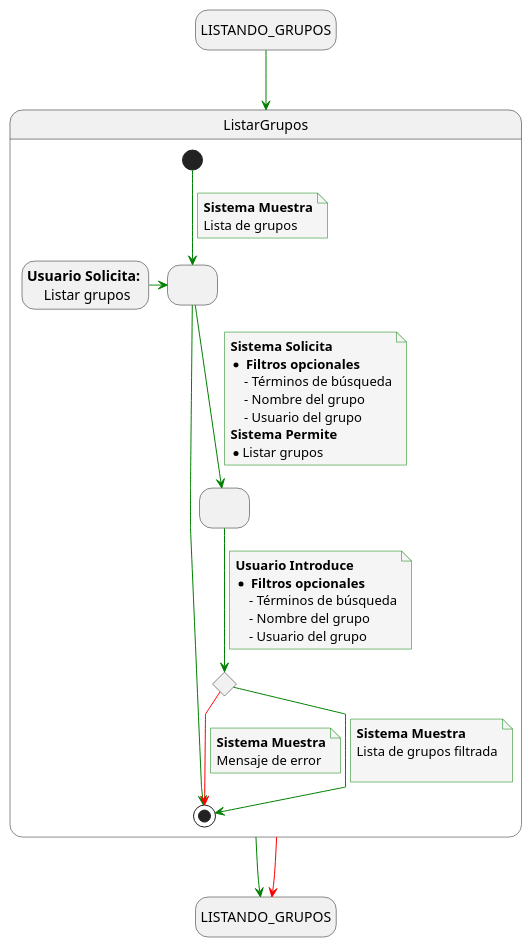
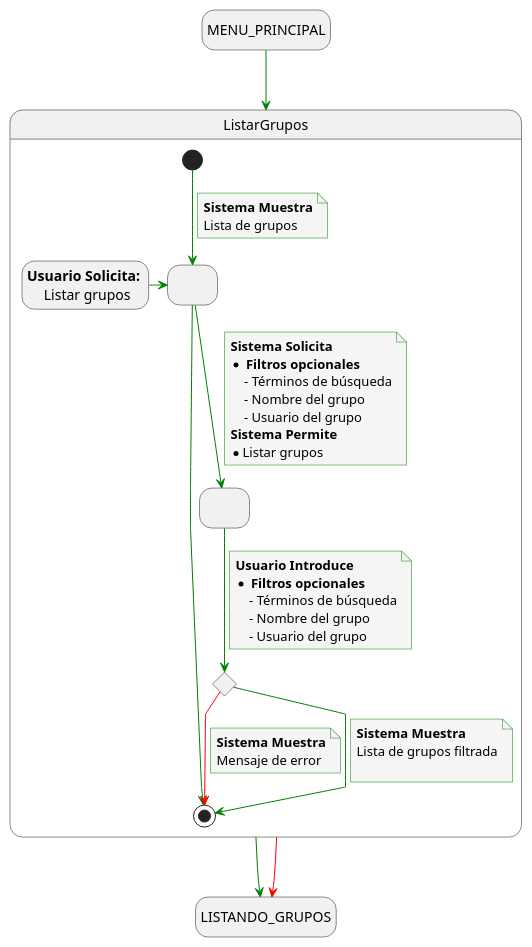
Before and after one commit to mmasias/24-25-IdSw1-SDR: the diagram in docs/casosDeUso/detalladoCasosDeUso/detalladoGrupos/detalladoListarGrupos.puml, drawn with PlantUML. The commit also changed 13 other files, not shown here.

Commit message:
FIX/ actualizar estados iniciales y finales en diagramas de casos de uso

```diff
--- a/docs/casosDeUso/detalladoCasosDeUso/detalladoGrupos/detalladoListarGrupos.puml
+++ b/docs/casosDeUso/detalladoCasosDeUso/detalladoGrupos/detalladoListarGrupos.puml
@@ -1,67 +1,67 @@
 @startuml
 skinparam {
     NoteBackgroundColor #whiteSmoke
     ArrowColor #green
     NoteBorderColor #green
     linetype polyline
 }
 
 hide empty description
 
-state startState as "LISTANDO_GRUPOS"
+state startState as "MENU_PRINCIPAL"
 state endState as "LISTANDO_GRUPOS"
 
 startState --> ListarGrupos
 
 ListarGrupos --> endState
 ListarGrupos -[#red]-> endState
 
 state ListarGrupos {
     state solicitudFiltros as " "
     state envioFiltros as " "
     state revisionFiltrosEnviados <<choice>>
     state usuarioSolicita as "<b>Usuario Solicita:</b> \n Listar grupos"
 
     usuarioSolicita -> solicitudFiltros
     [*] --> solicitudFiltros
     note on link
         <b>Sistema Muestra</b>
         Lista de grupos
     end note
 
     solicitudFiltros -r-> [*]
 
     solicitudFiltros --> envioFiltros
     note on link
         <b>Sistema Solicita</b>
         * <b> Filtros opcionales </b>
             - Términos de búsqueda
             - Nombre del grupo
             - Usuario del grupo
         <b>Sistema Permite</b>
         * Listar grupos
     end note
 
     envioFiltros --> revisionFiltrosEnviados
     note on link
         <b>Usuario Introduce</b>
         * <b> Filtros opcionales </b>
             - Términos de búsqueda
             - Nombre del grupo
             - Usuario del grupo
     end note
 
     revisionFiltrosEnviados -[#red]-> [*]
     note on link
         <b>Sistema Muestra</b>
         Mensaje de error
     end note
 
     revisionFiltrosEnviados --> [*]
     note on link
         <b>Sistema Muestra</b>
         Lista de grupos filtrada
 
     end note
 }
 @enduml
```
